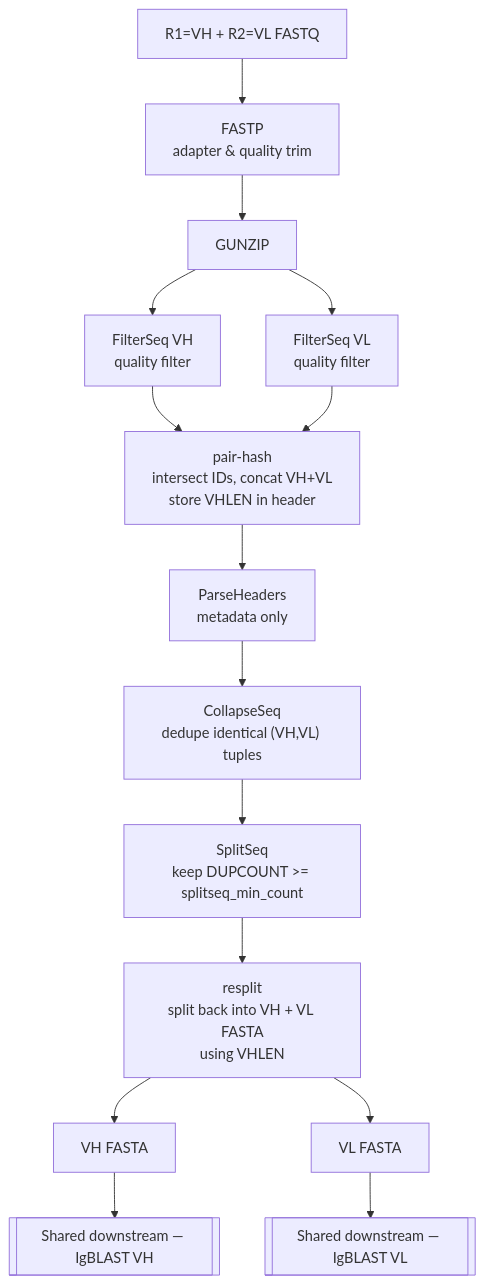
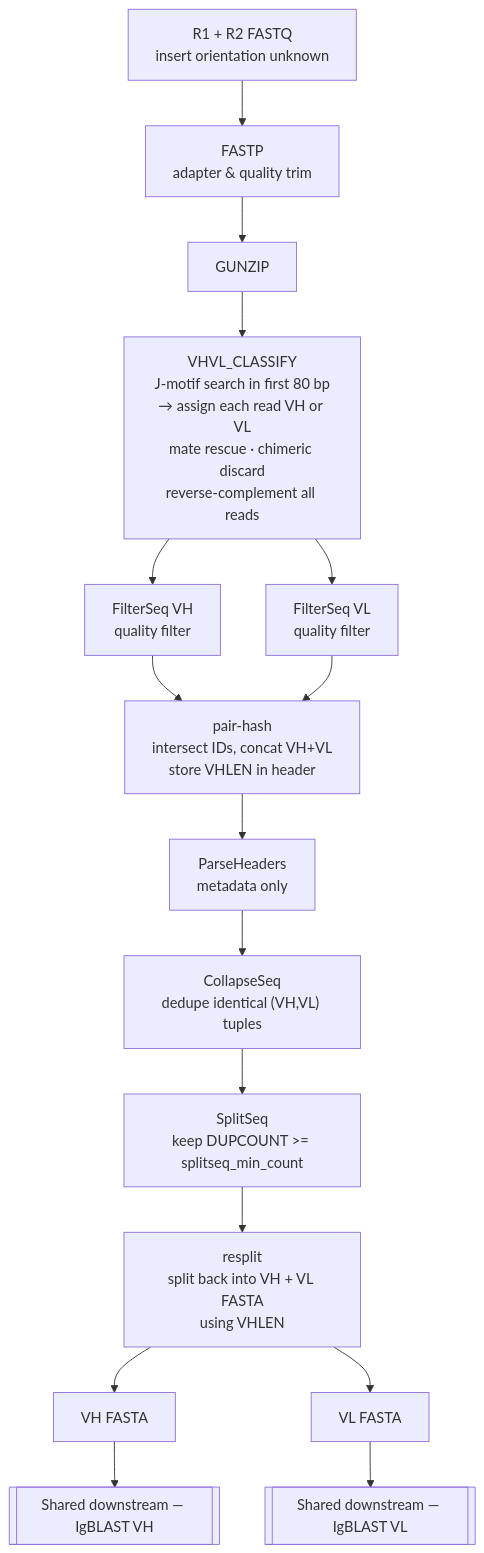
Before and after one commit to fmarchiano/airrflow: the third of 4 diagrams in README.md, drawn with Mermaid. The commit also changed other lines of this file, not shown here.

First line of the commit message:
docs: add chain classification and motif FASTA format to README

````diff
--- a/README.md
+++ b/README.md
@@ -55,17 +55,18 @@
 ```mermaid
 flowchart TD
-    A[R1=VH + R2=VL FASTQ] --> B[FASTP<br/>adapter & quality trim]
+    A[R1 + R2 FASTQ<br/>insert orientation unknown] --> B[FASTP<br/>adapter & quality trim]
     B --> C[GUNZIP]
-    C --> D1[FilterSeq VH<br/>quality filter]
-    C --> D2[FilterSeq VL<br/>quality filter]
+    C --> CL["VHVL_CLASSIFY<br/>J-motif search in first 80 bp<br/>→ assign each read VH or VL<br/>mate rescue · chimeric discard<br/>reverse-complement all reads"]
+    CL --> D1[FilterSeq VH<br/>quality filter]
+    CL --> D2[FilterSeq VL<br/>quality filter]
     D1 --> E["pair-hash<br/>intersect IDs, concat VH+VL<br/>store VHLEN in header"]
     D2 --> E
     E --> F[ParseHeaders<br/>metadata only]
     F --> G["CollapseSeq<br/>dedupe identical (VH,VL) tuples"]
     G --> H[SplitSeq<br/>keep DUPCOUNT >= splitseq_min_count]
     H --> I["resplit<br/>split back into VH + VL FASTA<br/>using VHLEN"]
     I --> J1[VH FASTA]
     I --> J2[VL FASTA]
     J1 --> K[[Shared downstream — IgBLAST VH]]
     J2 --> L[[Shared downstream — IgBLAST VL]]
 ```
````
